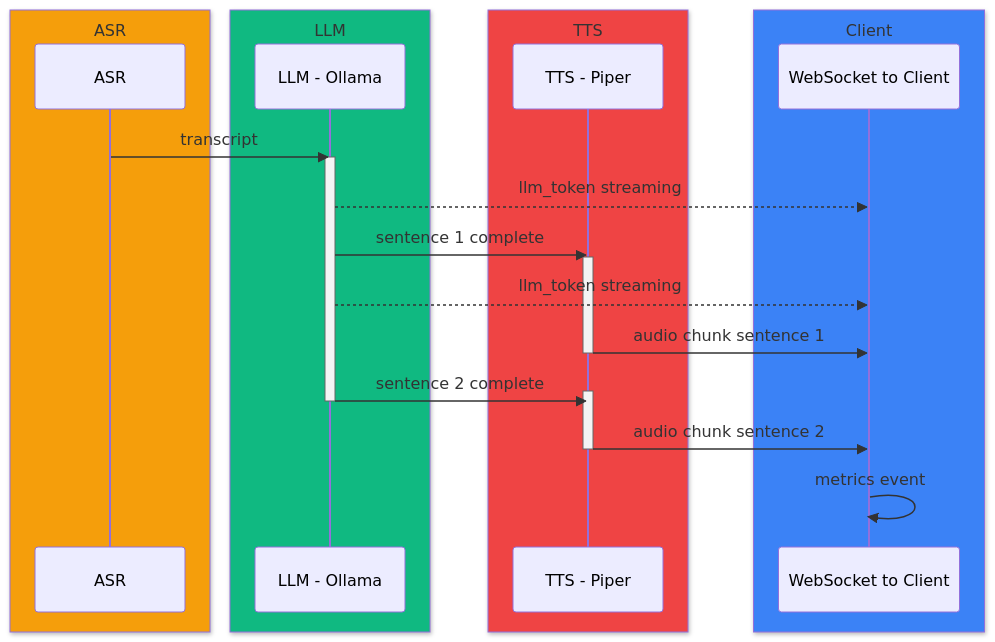
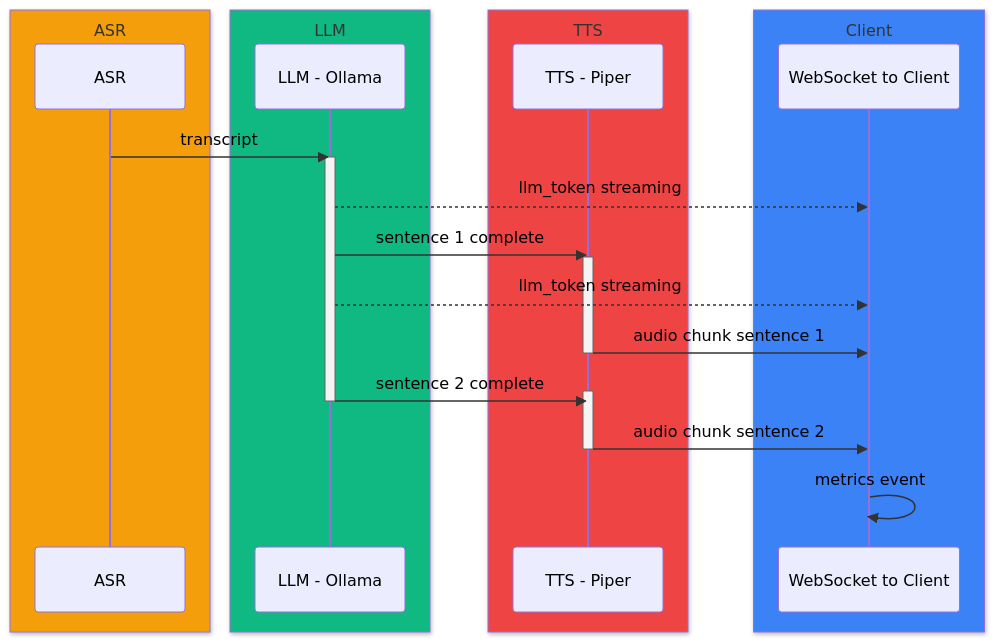
Before and after one commit to hubenschmidt/asr-llm-tts: the third of 4 diagrams in docs/architecture.md, drawn with Mermaid. The commit also changed 13 other files, not shown here.

Commit message:
dark theme architectue docs

````diff
--- a/docs/architecture.md
+++ b/docs/architecture.md
@@ -77,35 +77,36 @@
 ```mermaid
+%%{init: {'themeVariables': {'signalTextColor': '#000000'}} }%%
 sequenceDiagram
     box rgb(245, 158, 11) ASR
         participant ASR
     end
     box rgb(16, 185, 129) LLM
         participant LLM as LLM - Ollama
     end
     box rgb(239, 68, 68) TTS
         participant TTS as TTS - Piper
     end
     box rgb(59, 130, 246) Client
         participant WS as WebSocket to Client
     end
 
     ASR->>LLM: transcript
     activate LLM
 
     LLM-->>WS: llm_token streaming
     LLM->>TTS: sentence 1 complete
     activate TTS
     LLM-->>WS: llm_token streaming
 
     TTS->>WS: audio chunk sentence 1
     deactivate TTS
 
     LLM->>TTS: sentence 2 complete
     activate TTS
     deactivate LLM
 
     TTS->>WS: audio chunk sentence 2
     deactivate TTS
 
     WS->>WS: metrics event
 ```
````
